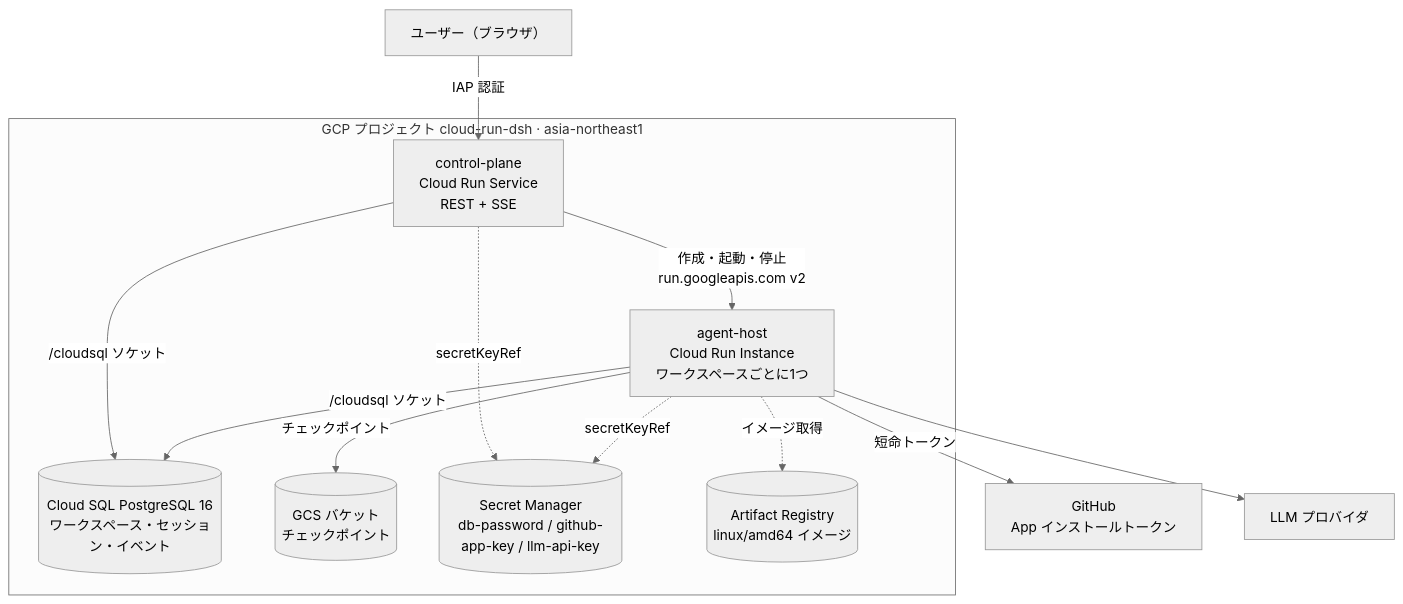
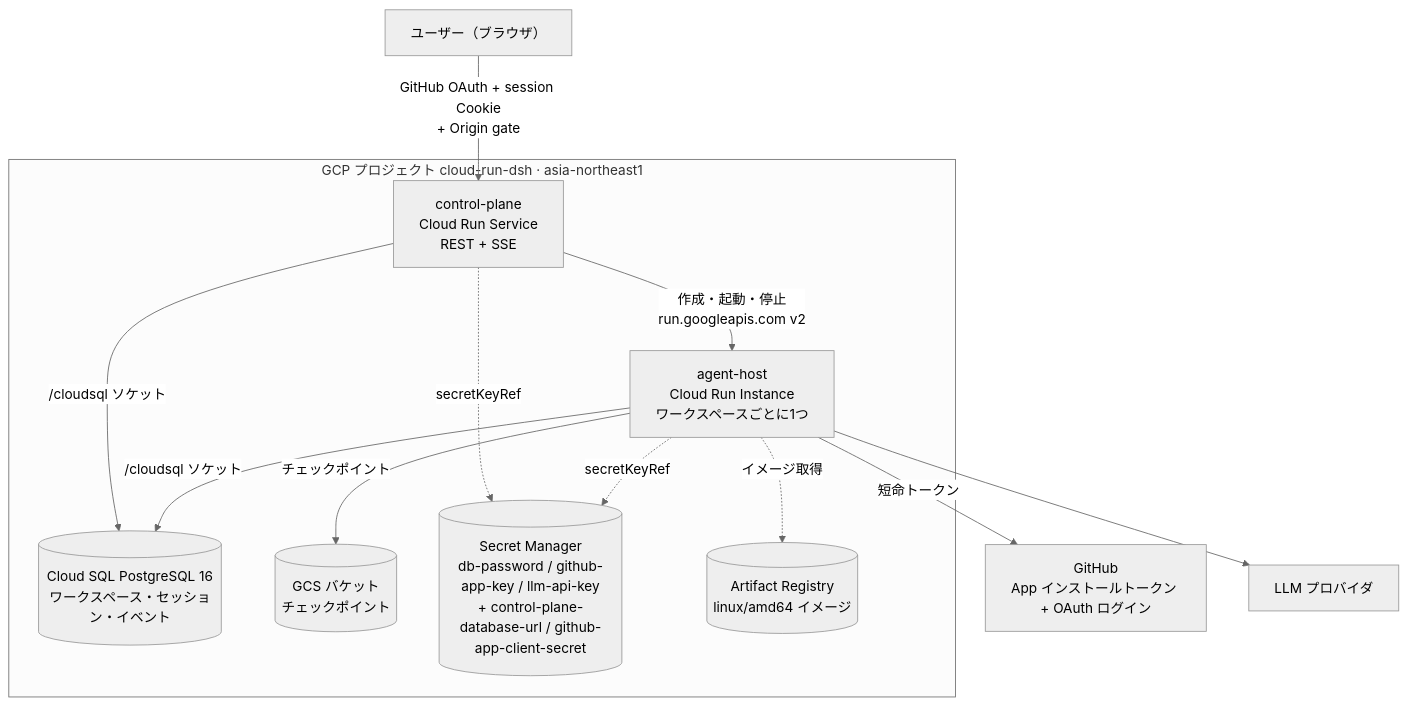
One commit to mpppk/cloud-run-dsh changed the first of 2 diagrams in docs/architecture.md. Above: the diagram before and after it, drawn with Mermaid (neutral theme). The commit also changed other lines of this file and 9 other files, not shown here.

First line of the commit message:
Issue #155: Terraform-managed public control plane with fail-closed gate (epic #158) (#162)

````diff
--- a/docs/architecture.md
+++ b/docs/architecture.md
@@ -34,26 +34,26 @@
 ```mermaid
 flowchart TB
-  U["ユーザー（ブラウザ）"] -->|IAP 認証| CP
+  U["ユーザー（ブラウザ）"] -->|GitHub OAuth + session Cookie<br/>+ Origin gate| CP
 
   subgraph GCP["GCP プロジェクト cloud-run-dsh · asia-northeast1"]
     CP["control-plane<br/>Cloud Run Service<br/>REST + SSE"]
     AH["agent-host<br/>Cloud Run Instance<br/>ワークスペースごとに1つ"]
     SQL[("Cloud SQL PostgreSQL 16<br/>ワークスペース・セッション・イベント")]
     GCS[("GCS バケット<br/>チェックポイント")]
-    SM[("Secret Manager<br/>db-password / github-app-key / llm-api-key")]
+    SM[("Secret Manager<br/>db-password / github-app-key / llm-api-key<br/>+ control-plane-database-url / github-app-client-secret")]
     AR[("Artifact Registry<br/>linux/amd64 イメージ")]
   end
 
-  GH["GitHub<br/>App インストールトークン"]
+  GH["GitHub<br/>App インストールトークン + OAuth ログイン"]
   LLM["LLM プロバイダ"]
 
   CP -->|"作成・起動・停止<br/>run.googleapis.com v2"| AH
   CP -->|"/cloudsql ソケット"| SQL
   AH -->|"/cloudsql ソケット"| SQL
   AH -->|"チェックポイント"| GCS
   AH -->|"短命トークン"| GH
   AH --> LLM
   AH -.->|"イメージ取得"| AR
   CP -.->|secretKeyRef| SM
   AH -.->|secretKeyRef| SM
 ```
````
